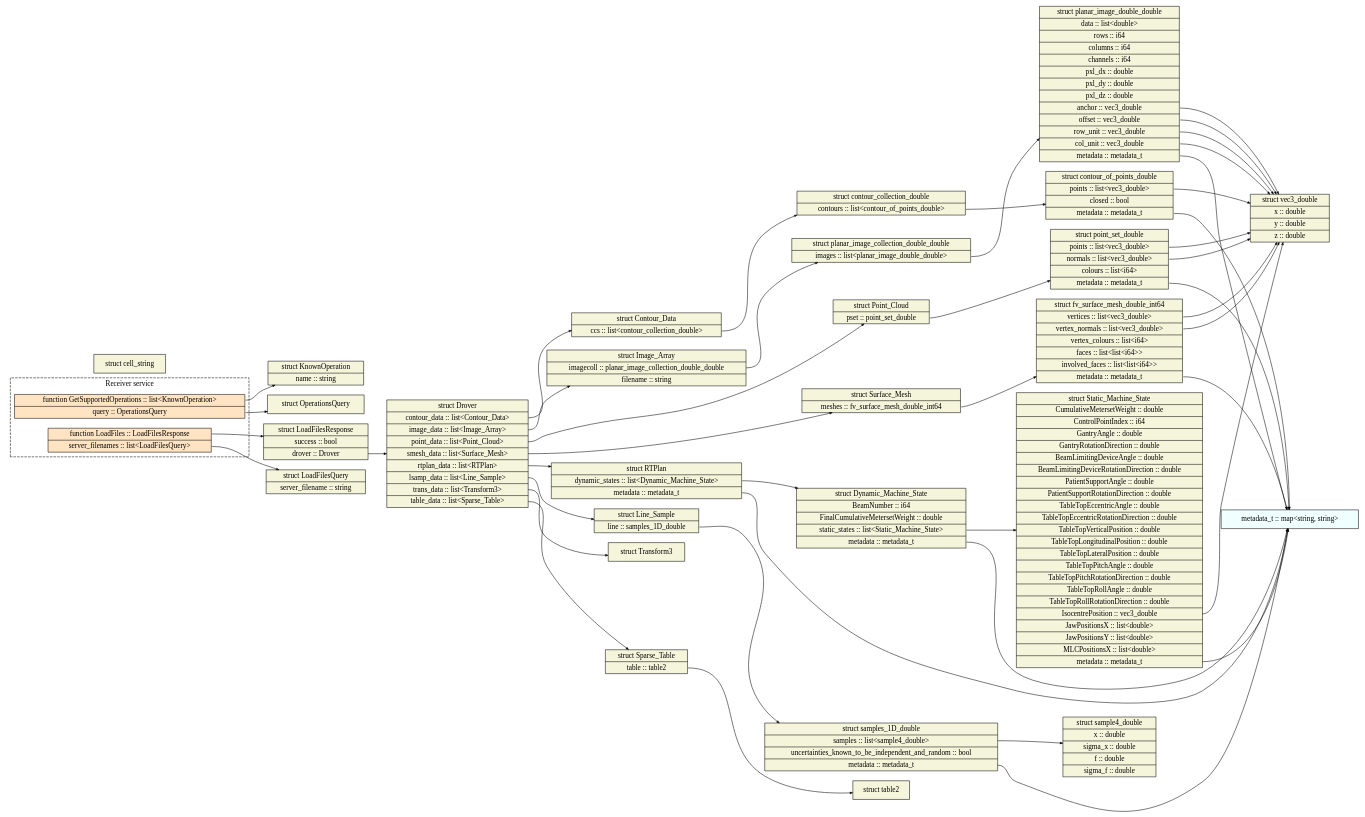
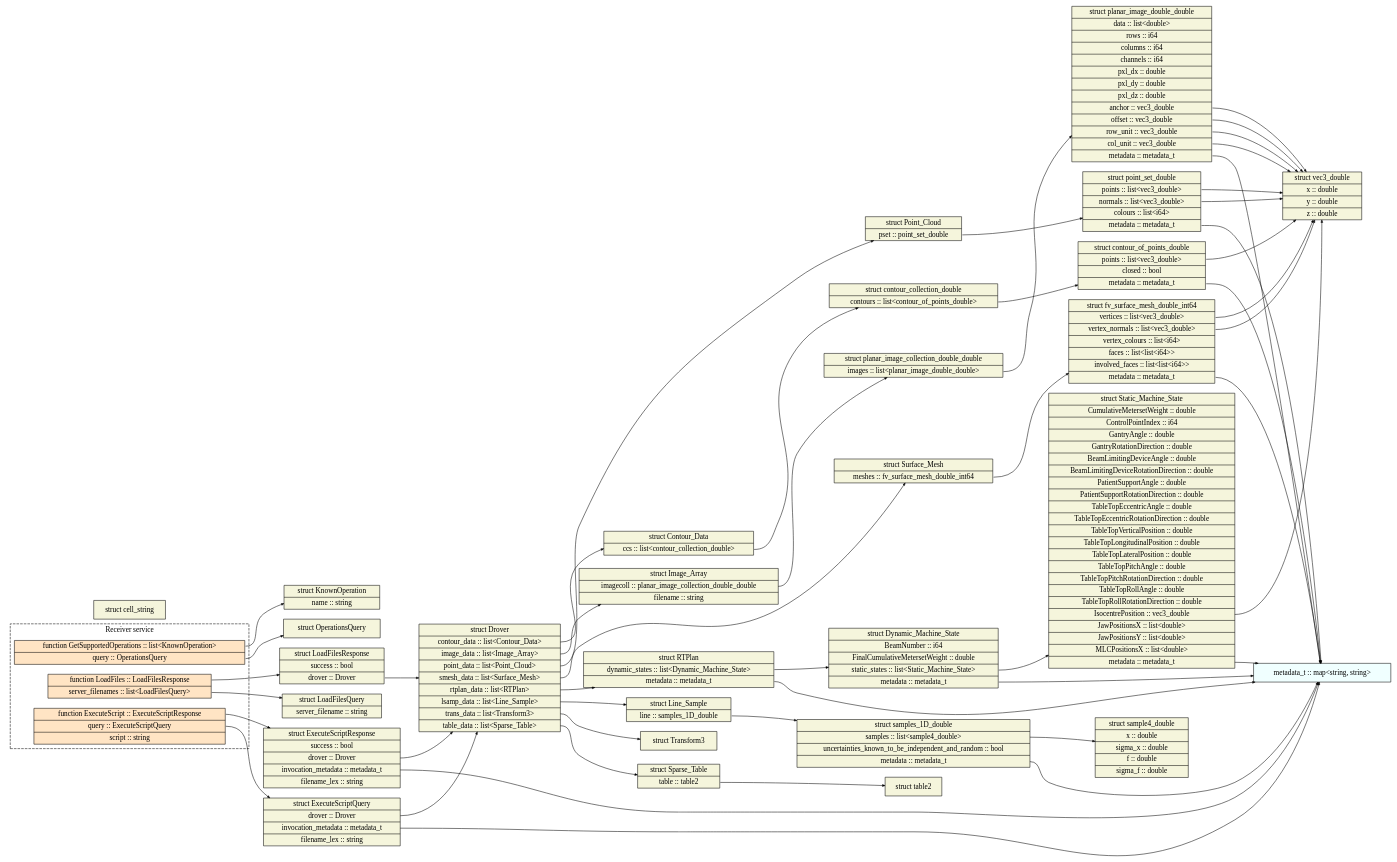
One commit to hdclark/DICOMautomaton changed the diagram in src/rpc/gen-gv/DCMA.gv. Above: the diagram before and after it, drawn with Graphviz. The commit also changed 19 other files, not shown here.

```diff
--- a/src/rpc/gen-gv/DCMA.gv
+++ b/src/rpc/gen-gv/DCMA.gv
@@ -1,108 +1,119 @@
 digraph "DCMA" {
 node [style=filled, shape=record];
 edge [arrowsize=0.5];
 rankdir=LR
 node [fillcolor=azure];
 metadata_t [label="metadata_t :: map\<string, string\>"];
 node [fillcolor=beige];
 vec3_double [label="struct vec3_double|<field_x>x :: double|<field_y>y :: double|<field_z>z :: double"];
 node [fillcolor=beige];
 contour_of_points_double [label="struct contour_of_points_double|<field_points>points :: list\<vec3_double\>|<field_closed>closed :: bool|<field_metadata>metadata :: metadata_t"];
 node [fillcolor=beige];
 contour_collection_double [label="struct contour_collection_double|<field_contours>contours :: list\<contour_of_points_double\>"];
 node [fillcolor=beige];
 point_set_double [label="struct point_set_double|<field_points>points :: list\<vec3_double\>|<field_normals>normals :: list\<vec3_double\>|<field_colours>colours :: list\<i64\>|<field_metadata>metadata :: metadata_t"];
 node [fillcolor=beige];
 sample4_double [label="struct sample4_double|<field_x>x :: double|<field_sigma_x>sigma_x :: double|<field_f>f :: double|<field_sigma_f>sigma_f :: double"];
 node [fillcolor=beige];
 samples_1D_double [label="struct samples_1D_double|<field_samples>samples :: list\<sample4_double\>|<field_uncertainties_known_to_be_independent_and_random>uncertainties_known_to_be_independent_and_random :: bool|<field_metadata>metadata :: metadata_t"];
 node [fillcolor=beige];
 fv_surface_mesh_double_int64 [label="struct fv_surface_mesh_double_int64|<field_vertices>vertices :: list\<vec3_double\>|<field_vertex_normals>vertex_normals :: list\<vec3_double\>|<field_vertex_colours>vertex_colours :: list\<i64\>|<field_faces>faces :: list\<list\<i64\>\>|<field_involved_faces>involved_faces :: list\<list\<i64\>\>|<field_metadata>metadata :: metadata_t"];
 node [fillcolor=beige];
 planar_image_double_double [label="struct planar_image_double_double|<field_data>data :: list\<double\>|<field_rows>rows :: i64|<field_columns>columns :: i64|<field_channels>channels :: i64|<field_pxl_dx>pxl_dx :: double|<field_pxl_dy>pxl_dy :: double|<field_pxl_dz>pxl_dz :: double|<field_anchor>anchor :: vec3_double|<field_offset>offset :: vec3_double|<field_row_unit>row_unit :: vec3_double|<field_col_unit>col_unit :: vec3_double|<field_metadata>metadata :: metadata_t"];
 node [fillcolor=beige];
 planar_image_collection_double_double [label="struct planar_image_collection_double_double|<field_images>images :: list\<planar_image_double_double\>"];
 node [fillcolor=beige];
 cell_string [label="struct cell_string"];
 node [fillcolor=beige];
 table2 [label="struct table2"];
 node [fillcolor=beige];
 Contour_Data [label="struct Contour_Data|<field_ccs>ccs :: list\<contour_collection_double\>"];
 node [fillcolor=beige];
 Image_Array [label="struct Image_Array|<field_imagecoll>imagecoll :: planar_image_collection_double_double|<field_filename>filename :: string"];
 node [fillcolor=beige];
 Point_Cloud [label="struct Point_Cloud|<field_pset>pset :: point_set_double"];
 node [fillcolor=beige];
 Surface_Mesh [label="struct Surface_Mesh|<field_meshes>meshes :: fv_surface_mesh_double_int64"];
 node [fillcolor=beige];
 Static_Machine_State [label="struct Static_Machine_State|<field_CumulativeMetersetWeight>CumulativeMetersetWeight :: double|<field_ControlPointIndex>ControlPointIndex :: i64|<field_GantryAngle>GantryAngle :: double|<field_GantryRotationDirection>GantryRotationDirection :: double|<field_BeamLimitingDeviceAngle>BeamLimitingDeviceAngle :: double|<field_BeamLimitingDeviceRotationDirection>BeamLimitingDeviceRotationDirection :: double|<field_PatientSupportAngle>PatientSupportAngle :: double|<field_PatientSupportRotationDirection>PatientSupportRotationDirection :: double|<field_TableTopEccentricAngle>TableTopEccentricAngle :: double|<field_TableTopEccentricRotationDirection>TableTopEccentricRotationDirection :: double|<field_TableTopVerticalPosition>TableTopVerticalPosition :: double|<field_TableTopLongitudinalPosition>TableTopLongitudinalPosition :: double|<field_TableTopLateralPosition>TableTopLateralPosition :: double|<field_TableTopPitchAngle>TableTopPitchAngle :: double|<field_TableTopPitchRotationDirection>TableTopPitchRotationDirection :: double|<field_TableTopRollAngle>TableTopRollAngle :: double|<field_TableTopRollRotationDirection>TableTopRollRotationDirection :: double|<field_IsocentrePosition>IsocentrePosition :: vec3_double|<field_JawPositionsX>JawPositionsX :: list\<double\>|<field_JawPositionsY>JawPositionsY :: list\<double\>|<field_MLCPositionsX>MLCPositionsX :: list\<double\>|<field_metadata>metadata :: metadata_t"];
 node [fillcolor=beige];
 Dynamic_Machine_State [label="struct Dynamic_Machine_State|<field_BeamNumber>BeamNumber :: i64|<field_FinalCumulativeMetersetWeight>FinalCumulativeMetersetWeight :: double|<field_static_states>static_states :: list\<Static_Machine_State\>|<field_metadata>metadata :: metadata_t"];
 node [fillcolor=beige];
 RTPlan [label="struct RTPlan|<field_dynamic_states>dynamic_states :: list\<Dynamic_Machine_State\>|<field_metadata>metadata :: metadata_t"];
 node [fillcolor=beige];
 Line_Sample [label="struct Line_Sample|<field_line>line :: samples_1D_double"];
 node [fillcolor=beige];
 Transform3 [label="struct Transform3"];
 node [fillcolor=beige];
 Sparse_Table [label="struct Sparse_Table|<field_table>table :: table2"];
 node [fillcolor=beige];
 Drover [label="struct Drover|<field_contour_data>contour_data :: list\<Contour_Data\>|<field_image_data>image_data :: list\<Image_Array\>|<field_point_data>point_data :: list\<Point_Cloud\>|<field_smesh_data>smesh_data :: list\<Surface_Mesh\>|<field_rtplan_data>rtplan_data :: list\<RTPlan\>|<field_lsamp_data>lsamp_data :: list\<Line_Sample\>|<field_trans_data>trans_data :: list\<Transform3\>|<field_table_data>table_data :: list\<Sparse_Table\>"];
 node [fillcolor=beige];
 OperationsQuery [label="struct OperationsQuery"];
 node [fillcolor=beige];
 KnownOperation [label="struct KnownOperation|<field_name>name :: string"];
 node [fillcolor=beige];
 LoadFilesQuery [label="struct LoadFilesQuery|<field_server_filename>server_filename :: string"];
 node [fillcolor=beige];
 LoadFilesResponse [label="struct LoadFilesResponse|<field_success>success :: bool|<field_drover>drover :: Drover"];
+node [fillcolor=beige];
+ExecuteScriptQuery [label="struct ExecuteScriptQuery|<field_drover>drover :: Drover|<field_invocation_metadata>invocation_metadata :: metadata_t|<field_filename_lex>filename_lex :: string"];
+node [fillcolor=beige];
+ExecuteScriptResponse [label="struct ExecuteScriptResponse|<field_success>success :: bool|<field_drover>drover :: Drover|<field_invocation_metadata>invocation_metadata :: metadata_t|<field_filename_lex>filename_lex :: string"];
 subgraph cluster_Receiver {
 node [fillcolor=bisque];
 style=dashed;
 label = "Receiver service";
 function_ReceiverGetSupportedOperations[label="<return_type>function GetSupportedOperations :: list\<KnownOperation\>|<param_query>query :: OperationsQuery"];
 function_ReceiverLoadFiles[label="<return_type>function LoadFiles :: LoadFilesResponse|<param_server_filenames>server_filenames :: list\<LoadFilesQuery\>"];
+function_ReceiverExecuteScript[label="<return_type>function ExecuteScript :: ExecuteScriptResponse|<param_query>query :: ExecuteScriptQuery|<param_script>script :: string"];
  }
 contour_of_points_double:field_points -> vec3_double
 contour_of_points_double:field_metadata -> metadata_t
 contour_collection_double:field_contours -> contour_of_points_double
 point_set_double:field_points -> vec3_double
 point_set_double:field_normals -> vec3_double
 point_set_double:field_metadata -> metadata_t
 samples_1D_double:field_samples -> sample4_double
 samples_1D_double:field_metadata -> metadata_t
 fv_surface_mesh_double_int64:field_vertices -> vec3_double
 fv_surface_mesh_double_int64:field_vertex_normals -> vec3_double
 fv_surface_mesh_double_int64:field_metadata -> metadata_t
 planar_image_double_double:field_anchor -> vec3_double
 planar_image_double_double:field_offset -> vec3_double
 planar_image_double_double:field_row_unit -> vec3_double
 planar_image_double_double:field_col_unit -> vec3_double
 planar_image_double_double:field_metadata -> metadata_t
 planar_image_collection_double_double:field_images -> planar_image_double_double
 Contour_Data:field_ccs -> contour_collection_double
 Image_Array:field_imagecoll -> planar_image_collection_double_double
 Point_Cloud:field_pset -> point_set_double
 Surface_Mesh:field_meshes -> fv_surface_mesh_double_int64
 Static_Machine_State:field_IsocentrePosition -> vec3_double
 Static_Machine_State:field_metadata -> metadata_t
 Dynamic_Machine_State:field_static_states -> Static_Machine_State
 Dynamic_Machine_State:field_metadata -> metadata_t
 RTPlan:field_dynamic_states -> Dynamic_Machine_State
 RTPlan:field_metadata -> metadata_t
 Line_Sample:field_line -> samples_1D_double
 Sparse_Table:field_table -> table2
 Drover:field_contour_data -> Contour_Data
 Drover:field_image_data -> Image_Array
 Drover:field_point_data -> Point_Cloud
 Drover:field_smesh_data -> Surface_Mesh
 Drover:field_rtplan_data -> RTPlan
 Drover:field_lsamp_data -> Line_Sample
 Drover:field_trans_data -> Transform3
 Drover:field_table_data -> Sparse_Table
 LoadFilesResponse:field_drover -> Drover
+ExecuteScriptQuery:field_drover -> Drover
+ExecuteScriptQuery:field_invocation_metadata -> metadata_t
+ExecuteScriptResponse:field_drover -> Drover
+ExecuteScriptResponse:field_invocation_metadata -> metadata_t
 function_ReceiverGetSupportedOperations:return_type -> KnownOperation
 function_ReceiverGetSupportedOperations:param_query -> OperationsQuery
 function_ReceiverLoadFiles:return_type -> LoadFilesResponse
 function_ReceiverLoadFiles:param_server_filenames -> LoadFilesQuery
+function_ReceiverExecuteScript:return_type -> ExecuteScriptResponse
+function_ReceiverExecuteScript:param_query -> ExecuteScriptQuery
 }
```
